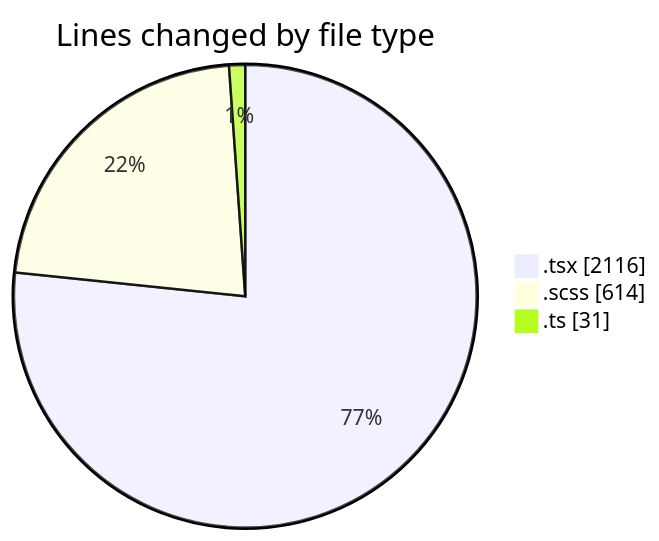
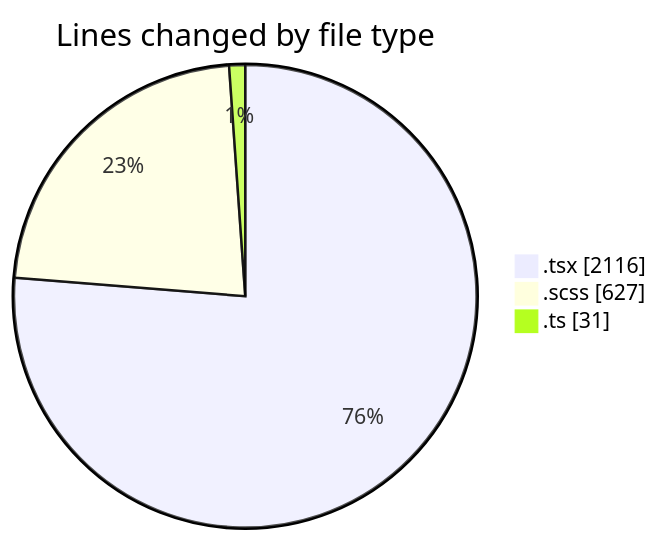
The first of 2 diagrams in 2025-04-07/cda/README.md (momahboobian/code-tracking), drawn with Mermaid before and after one commit. The commit also changed other lines of this file and 1 other file, not shown here.

````diff
--- a/2025-04-07/cda/README.md
+++ b/2025-04-07/cda/README.md
@@ -30,7 +30,7 @@
 ```mermaid
 pie showData
 title Lines changed by file type
 ".tsx" : 2116
-".scss" : 614
+".scss" : 627
 ".ts" : 31
 ```
````
